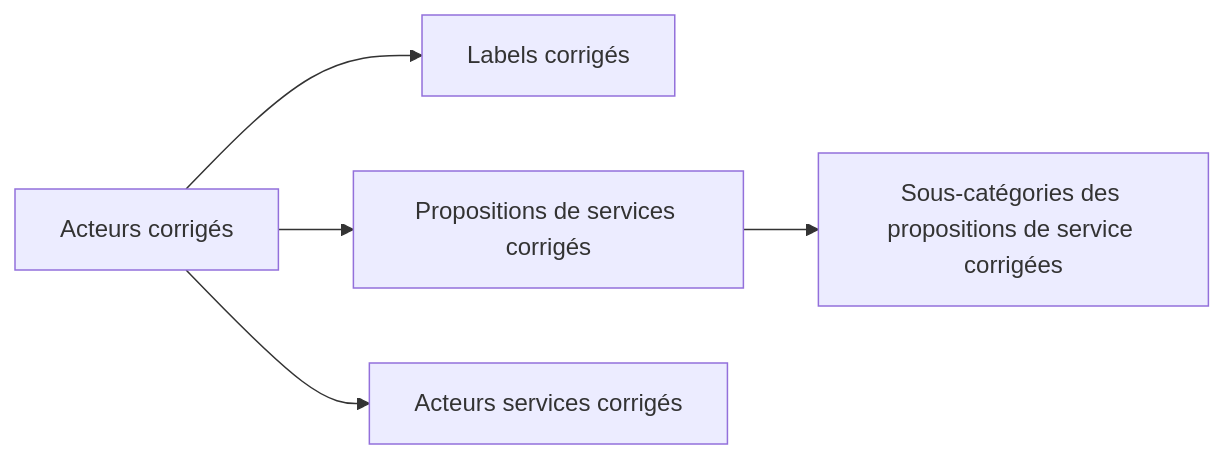
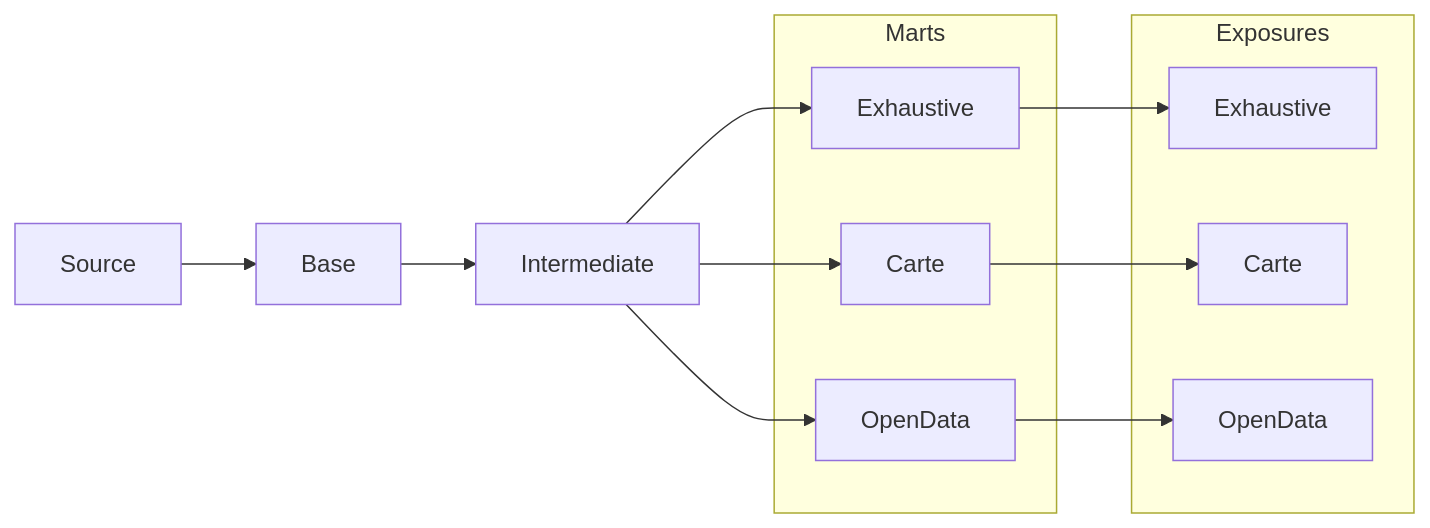
Before and after one commit to incubateur-ademe/quefairedemesobjets: the diagram in docs/explications/data/dbt/flux-dbt.md, drawn with Mermaid. The commit also changed other lines of this file and 103 other files, not shown here.

````diff
--- a/docs/explications/data/dbt/flux-dbt.md
+++ b/docs/explications/data/dbt/flux-dbt.md
@@ -49,7 +17,17 @@
 ```mermaid
-flowchart LR
-    A[Acteurs corrigés] --> B[Labels corrigés]
-    A[Acteurs corrigés] --> C[Propositions de services corrigés]
-    C --> D[Sous-catégories des propositions de service corrigées]
-    A[Acteurs corrigés] --> E[Acteurs services corrigés]
+graph LR
+    A[Source] --> B[Base] --> C[Intermediate]
+    C[Intermediate] --> E[Exhaustive] --> F[Exhaustive]
+    C[Intermediate] --> G[Carte] --> H[Carte]
+    C[Intermediate] --> I[OpenData] --> J[OpenData]
+    subgraph Marts
+        E[Exhaustive]
+        G[Carte]
+        I[OpenData]
+    end
+    subgraph Exposures
+        F[Exhaustive]
+        H[Carte]
+        J[OpenData]
+    end
 ```
````
